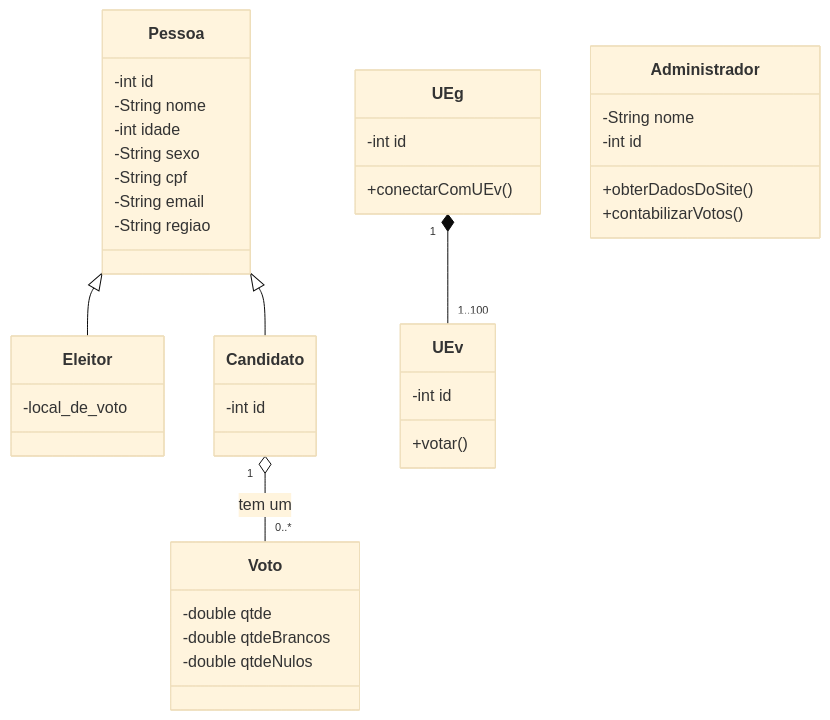
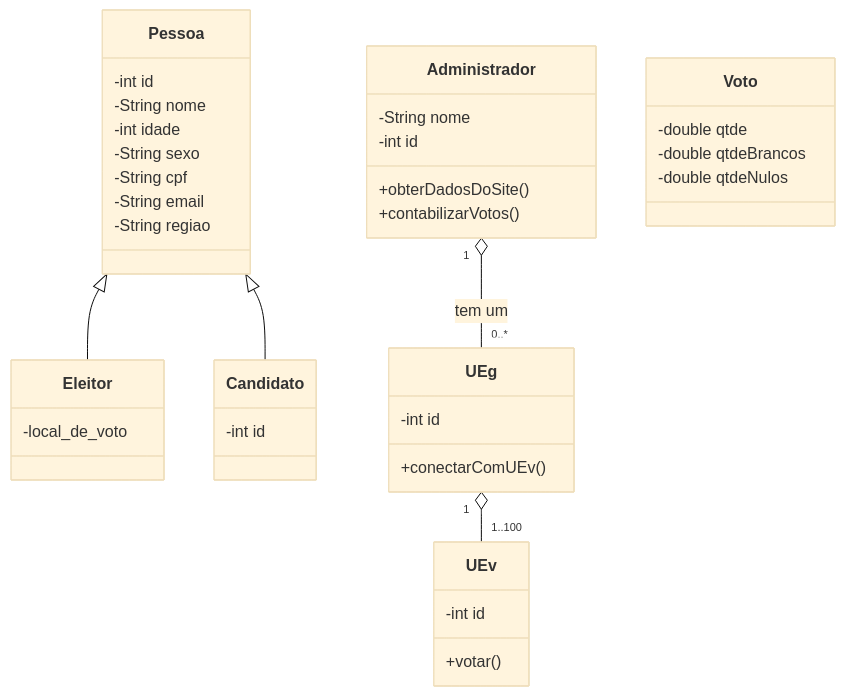
One commit to HenriqueFinatti/Modelagem-De-Software-Orientado-a-Objetos changed the diagram in Diagrama De Classes.md. Above: the diagram before and after it, drawn with Mermaid (base theme).

Commit message:
Update Diagrama De Classes.md

````diff
--- a/Diagrama De Classes.md
+++ b/Diagrama De Classes.md
@@ -3,46 +3,46 @@
 ```mermaid
 classDiagram
 Pessoa <|-- Eleitor
 Pessoa <|-- Candidato
 Pessoa: -int id
 Pessoa: -String nome
 Pessoa: -int idade
 Pessoa: -String sexo
 Pessoa: -String cpf
 Pessoa: -String email
 Pessoa: -String regiao
 
 Eleitor: -local_de_voto
 
 class Candidato{
   -int id
 }
 
 class UEg{
   -int id
   +conectarComUEv()
 }
 
 class UEv{
   -int id
   +votar()
 }
 
 class Administrador{
   -String nome
   -int id
  +obterDadosDoSite()
  +contabilizarVotos()
 
 }
 
 class Voto{
   -double qtde
   -double qtdeBrancos
   -double qtdeNulos
 }
 
-Candidato "1" o-- "0..*" Voto : tem um
-UEg "1" *-- "1..100" UEv
+Administrador "1" o-- "0..*" UEg : tem um
+UEg "1" o-- "1..100" UEv
 
 ```
````
